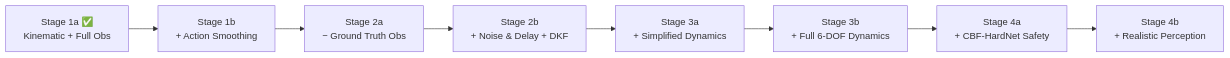
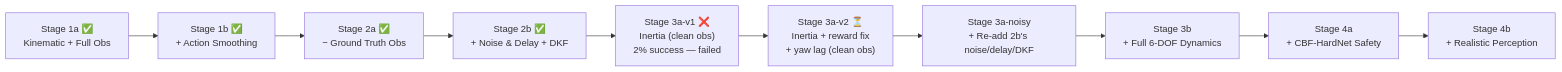
One commit to Eren0711/Image_based_Visual_Servoing_RL changed the diagram in implementation_plan.md. Above: the diagram before and after it, drawn with Mermaid. The commit also changed other lines of this file and 8 other files, not shown here.

Commit message:
stage 3a-v2: fix rewards, add yaw lag + det eval

````diff
--- a/implementation_plan.md
+++ b/implementation_plan.md
@@ -52,10 +65,12 @@
 ```mermaid
 graph LR
-    A["Stage 1a ✅<br/>Kinematic + Full Obs"] --> B["Stage 1b<br/>+ Action Smoothing"]
-    B --> C["Stage 2a<br/>− Ground Truth Obs"]
-    C --> D["Stage 2b<br/>+ Noise & Delay + DKF"]
-    D --> E["Stage 3a<br/>+ Simplified Dynamics"]
-    E --> F["Stage 3b<br/>+ Full 6-DOF Dynamics"]
+    A["Stage 1a ✅<br/>Kinematic + Full Obs"] --> B["Stage 1b ✅<br/>+ Action Smoothing"]
+    B --> C["Stage 2a ✅<br/>− Ground Truth Obs"]
+    C --> D["Stage 2b ✅<br/>+ Noise & Delay + DKF"]
+    D --> E1["Stage 3a-v1 ❌<br/>Inertia (clean obs)<br/>2% success — failed"]
+    E1 --> E2["Stage 3a-v2 ⏳<br/>Inertia + reward fix<br/>+ yaw lag (clean obs)"]
+    E2 --> E3["Stage 3a-noisy<br/>+ Re-add 2b's noise/delay/DKF"]
+    E3 --> F["Stage 3b<br/>+ Full 6-DOF Dynamics"]
     F --> G["Stage 4a<br/>+ CBF-HardNet Safety"]
     G --> H["Stage 4b<br/>+ Realistic Perception"]
 ```
````
